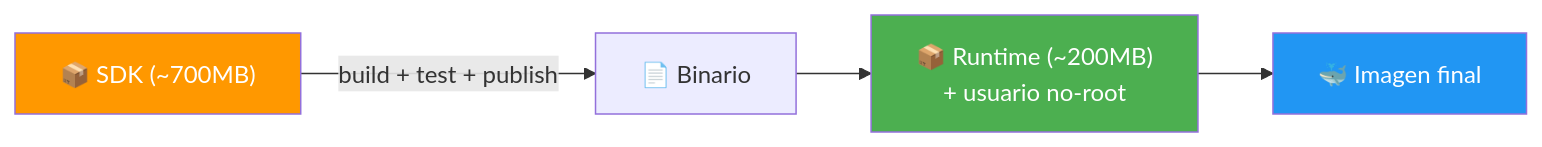
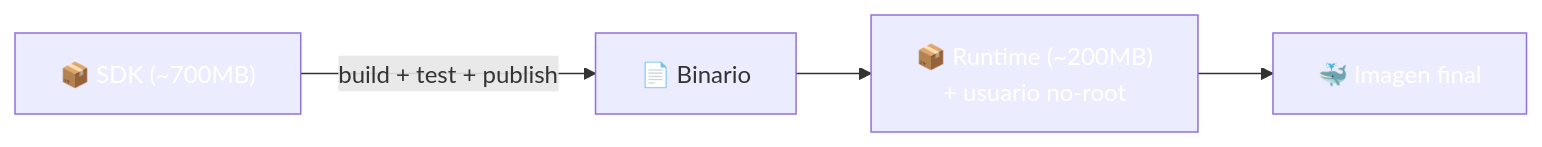
The diagram in soluciones/12-Docker-HelloWorld/README.md (joseluisgs/DesarrolloWebEntornosServidor-01-2026-2027), drawn with Mermaid before and after one commit. The commit also changed other lines of this file and 66 other files, not shown here.

First line of the commit message:
fix: normalizar titulos al castellano de frase y corregir la paleta de mermaid

````diff
--- a/soluciones/12-Docker-HelloWorld/README.md
+++ b/soluciones/12-Docker-HelloWorld/README.md
@@ -158,10 +158,10 @@
 ```mermaid
 graph LR
     A["📦 SDK (~700MB)"] -->|build + test + publish| B["📄 Binario"]
     B --> C["📦 Runtime (~200MB)<br/>+ usuario no-root"]
     C --> D["🐳 Imagen final"]
 
-    style A fill:#FF9800,color:#fff
-    style C fill:#4CAF50,color:#fff
-    style D fill:#2196F3,color:#fff
+    style A fill:#FF980,color:#fff0,color:#fff
+    style C fill:#4CAF5,color:#fff0,color:#fff
+    style D fill:#2196F,color:#fff3,color:#fff
 ```
````
